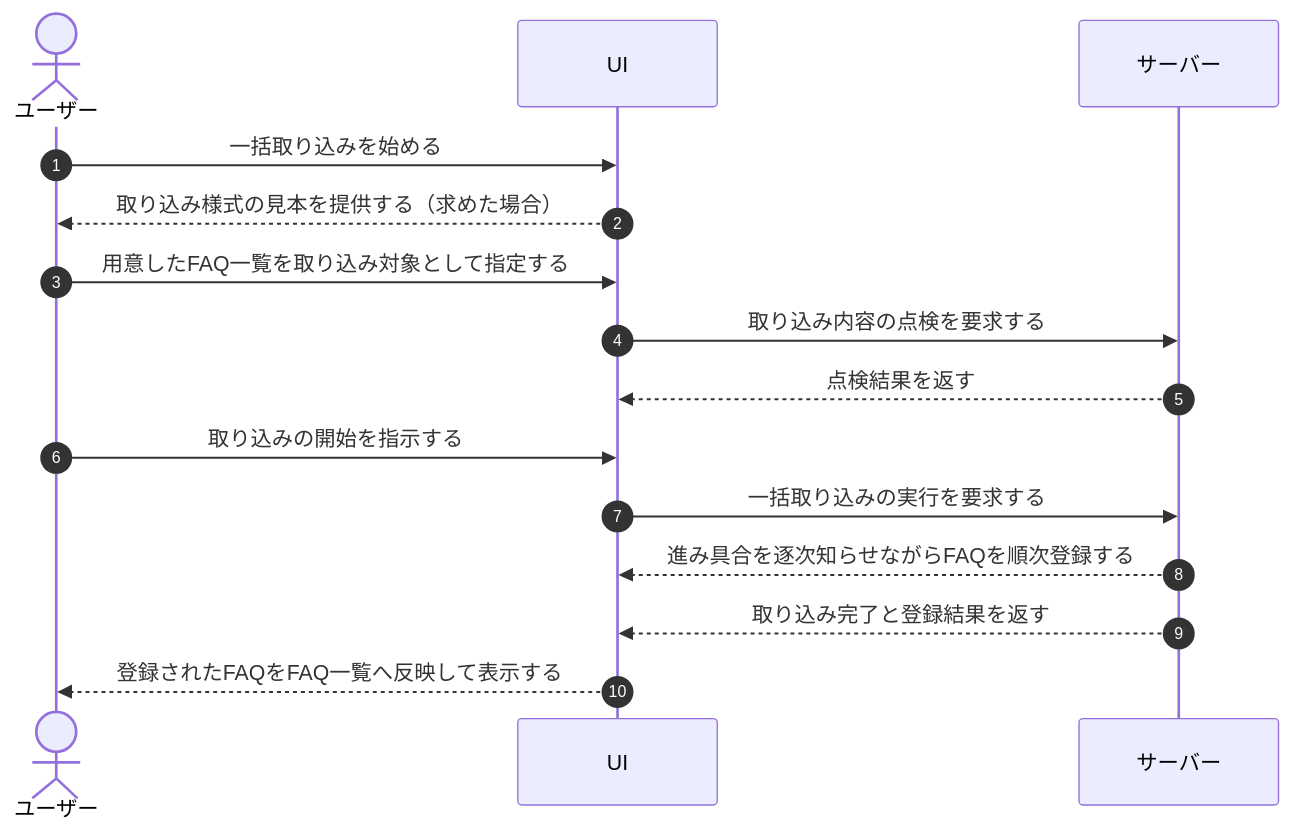
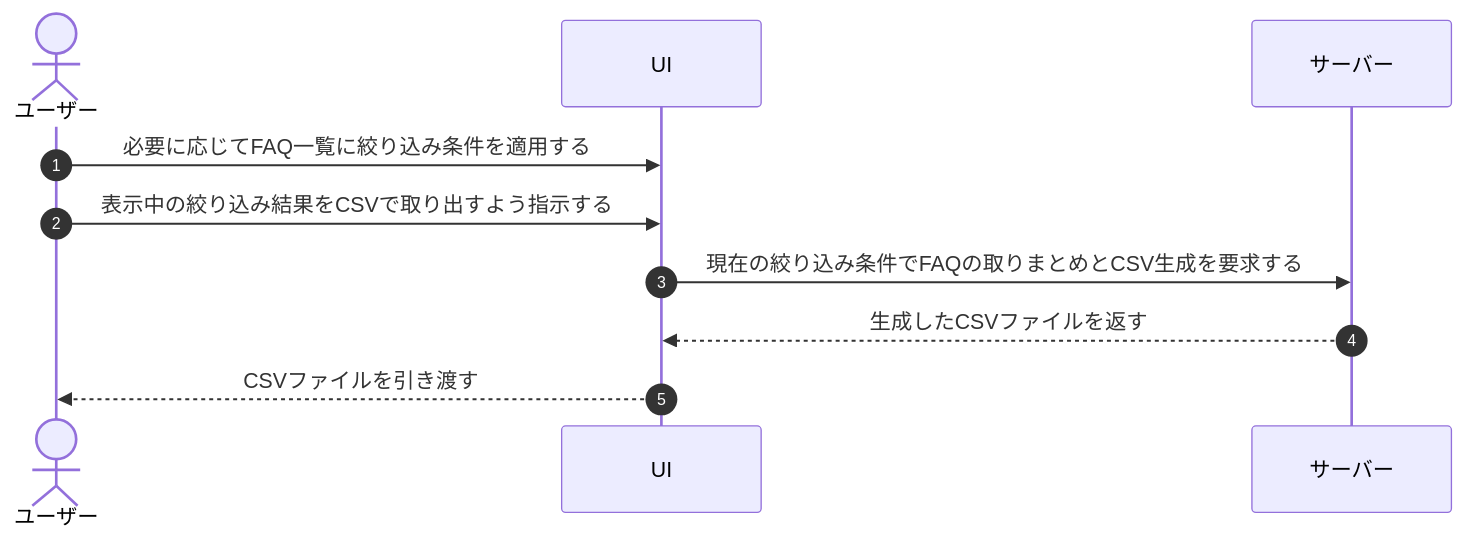
Before and after one commit to sikakou54/open-faq: the diagram in 01_requirements/04_business_usecases/UC-028.md, drawn with Mermaid. The commit also changed other lines of this file and 395 other files, not shown here.

````diff
--- a/01_requirements/04_business_usecases/UC-028.md
+++ b/01_requirements/04_business_usecases/UC-028.md
@@ -26,18 +27,13 @@
 ```mermaid
 sequenceDiagram
   autonumber
   actor U as ユーザー
   participant UI as UI
   participant S as サーバー
 
-  U->>UI: 一括取り込みを始める
-  UI-->>U: 取り込み様式の見本を提供する（求めた場合）
-  U->>UI: 用意したFAQ一覧を取り込み対象として指定する
-  UI->>S: 取り込み内容の点検を要求する
-  S-->>UI: 点検結果を返す
-  U->>UI: 取り込みの開始を指示する
-  UI->>S: 一括取り込みの実行を要求する
-  S-->>UI: 進み具合を逐次知らせながらFAQを順次登録する
-  S-->>UI: 取り込み完了と登録結果を返す
-  UI-->>U: 登録されたFAQをFAQ一覧へ反映して表示する
+  U->>UI: 必要に応じてFAQ一覧に絞り込み条件を適用する
+  U->>UI: 表示中の絞り込み結果をCSVで取り出すよう指示する
+  UI->>S: 現在の絞り込み条件でFAQの取りまとめとCSV生成を要求する
+  S-->>UI: 生成したCSVファイルを返す
+  UI-->>U: CSVファイルを引き渡す
 ```
````
